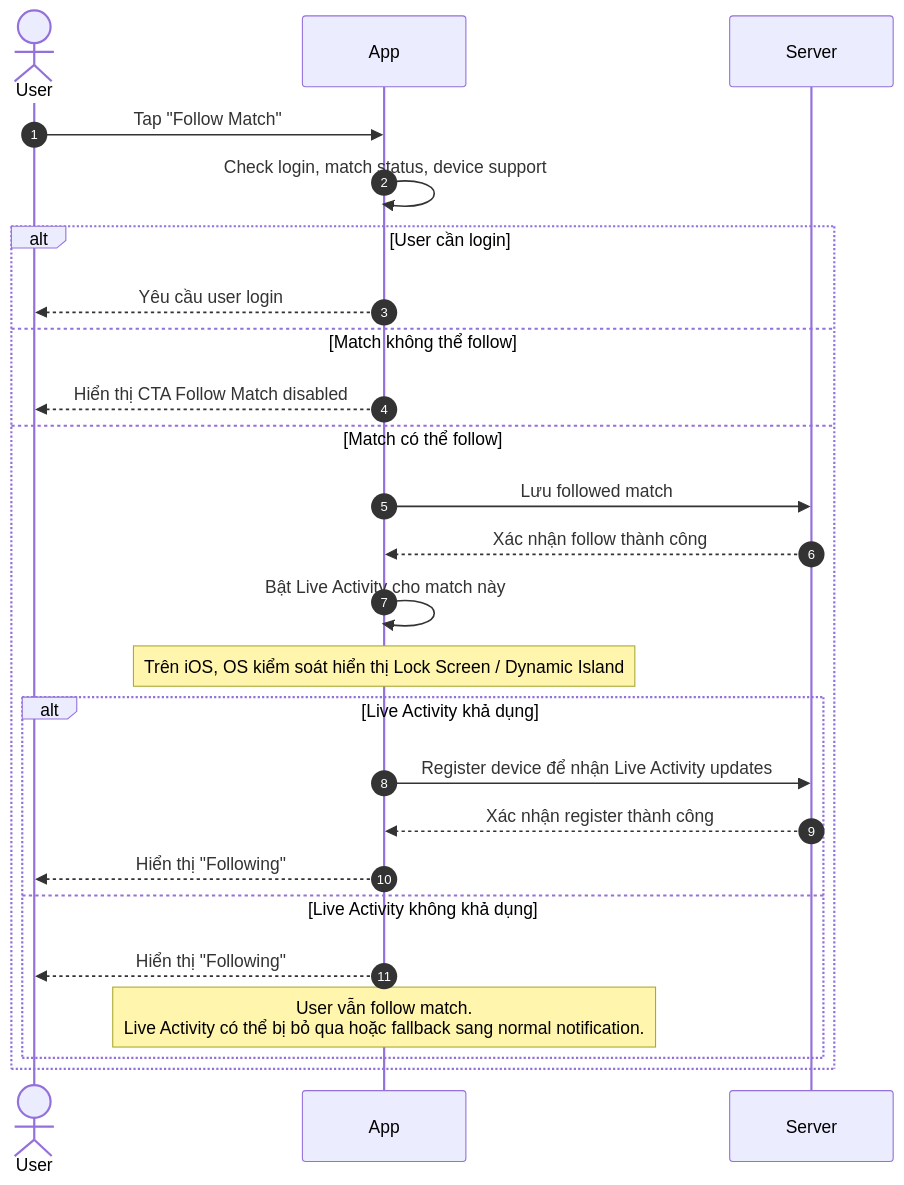
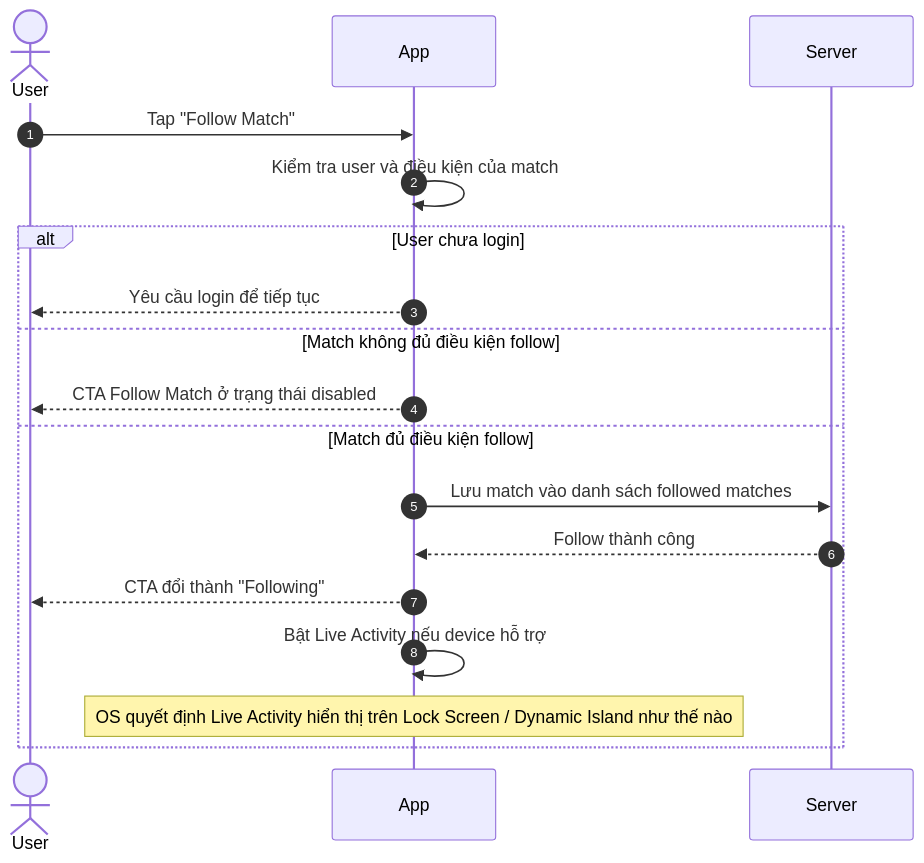
The first of 4 diagrams in features/final-docs/Sport-Zone/Live-Activity/product/live-activity-user-flows-functional-requirements.md (duongdang1136/FPTPLay), drawn with Mermaid before and after one commit. The commit also changed other lines of this file, not shown here.

Commit message:
docs: simplify live activity functional flows

````diff
--- a/features/final-docs/Sport-Zone/Live-Activity/product/live-activity-user-flows-functional-requirements.md
+++ b/features/final-docs/Sport-Zone/Live-Activity/product/live-activity-user-flows-functional-requirements.md
@@ -27,32 +27,23 @@
 ```mermaid
 sequenceDiagram
     autonumber
 
     actor User
     participant App
     participant Server
 
     User->>App: Tap "Follow Match"
-    App->>App: Check login, match status, device support
+    App->>App: Kiểm tra user và điều kiện của match
 
-    alt User cần login
-        App-->>User: Yêu cầu user login
-    else Match không thể follow
-        App-->>User: Hiển thị CTA Follow Match disabled
-    else Match có thể follow
-        App->>Server: Lưu followed match
-        Server-->>App: Xác nhận follow thành công
-
-        App->>App: Bật Live Activity cho match này
-        Note over App: Trên iOS, OS kiểm soát hiển thị Lock Screen / Dynamic Island
-
-        alt Live Activity khả dụng
-            App->>Server: Register device để nhận Live Activity updates
-            Server-->>App: Xác nhận register thành công
-            App-->>User: Hiển thị "Following"
-        else Live Activity không khả dụng
-            App-->>User: Hiển thị "Following"
-            Note over App: User vẫn follow match.<br/>Live Activity có thể bị bỏ qua hoặc fallback sang normal notification.
-        end
+    alt User chưa login
+        App-->>User: Yêu cầu login để tiếp tục
+    else Match không đủ điều kiện follow
+        App-->>User: CTA Follow Match ở trạng thái disabled
+    else Match đủ điều kiện follow
+        App->>Server: Lưu match vào danh sách followed matches
+        Server-->>App: Follow thành công
+        App-->>User: CTA đổi thành "Following"
+        App->>App: Bật Live Activity nếu device hỗ trợ
+        Note over App: OS quyết định Live Activity hiển thị trên Lock Screen / Dynamic Island như thế nào
     end
 ```
````
